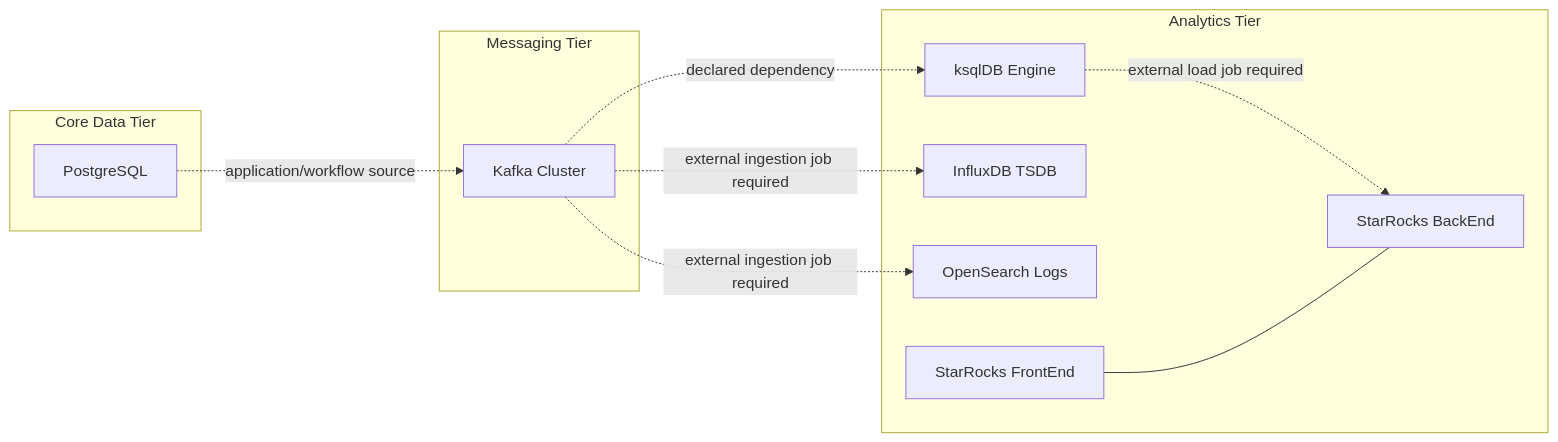
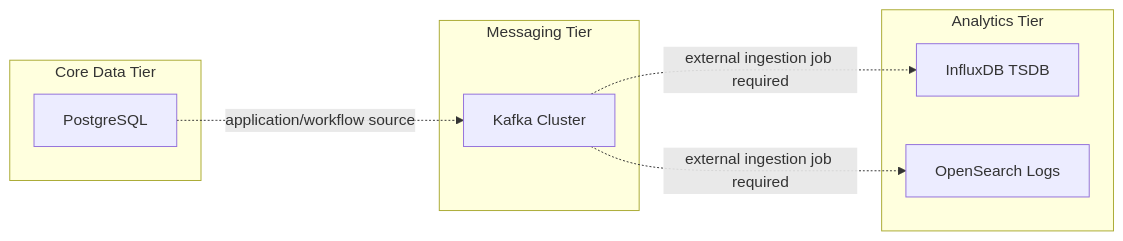
Before and after one commit to buenhyden/hy-home.docker: the diagram in docs/02.architecture/descriptions/0012-data-analytics-architecture.md, drawn with Mermaid. The commit also changed other lines of this file and 38 other files, not shown here.

First line of the commit message:
refactor(data): Remove ksqlDB and StarRocks after Flink and Trino acceptance

````diff
--- a/docs/02.architecture/descriptions/0012-data-analytics-architecture.md
+++ b/docs/02.architecture/descriptions/0012-data-analytics-architecture.md
@@ -69,25 +66,19 @@
 ```mermaid
 graph LR
     subgraph "Messaging Tier"
         KAFKA[Kafka Cluster]
     end
 
     subgraph "Core Data Tier"
         PG[PostgreSQL]
     end
 
     subgraph "Analytics Tier"
-        KSQL[ksqlDB Engine]
         INFLUX[InfluxDB TSDB]
         OS[OpenSearch Logs]
-        SR_FE[StarRocks FrontEnd]
-        SR_BE[StarRocks BackEnd]
     end
 
-    KAFKA -. "declared dependency" .-> KSQL
     PG -. "application/workflow source" .-> KAFKA
     KAFKA -. "external ingestion job required" .-> OS
     KAFKA -. "external ingestion job required" .-> INFLUX
-    KSQL -. "external load job required" .-> SR_BE
-    SR_FE --- SR_BE
 ```
````
